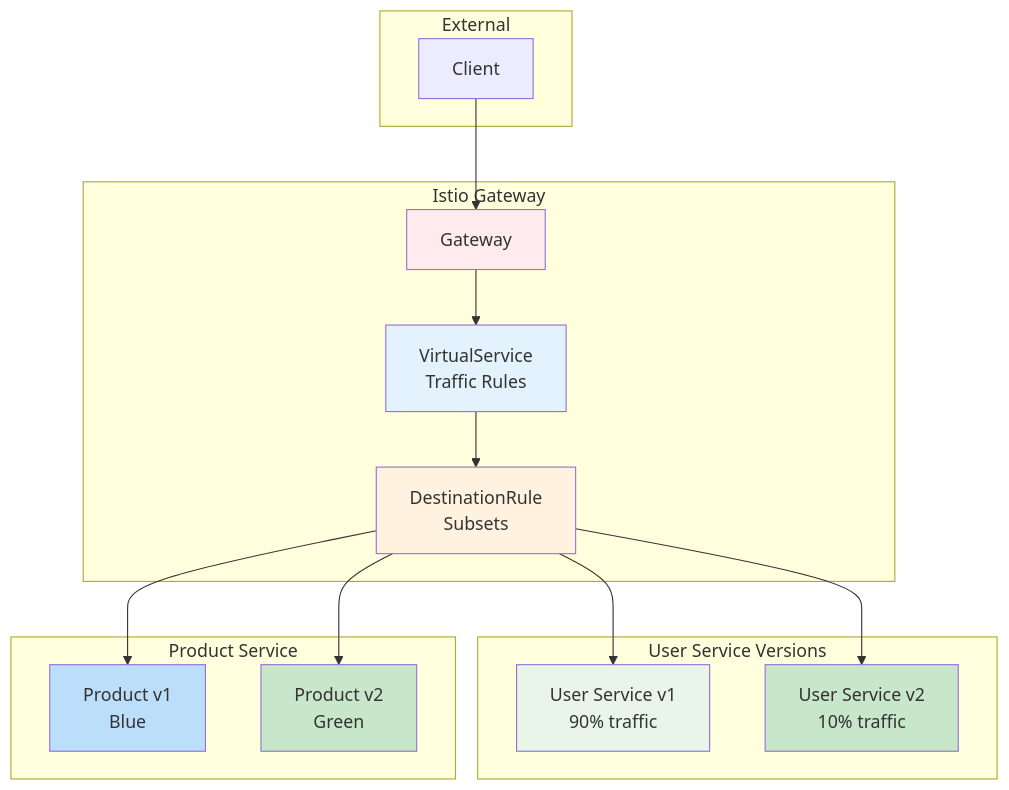
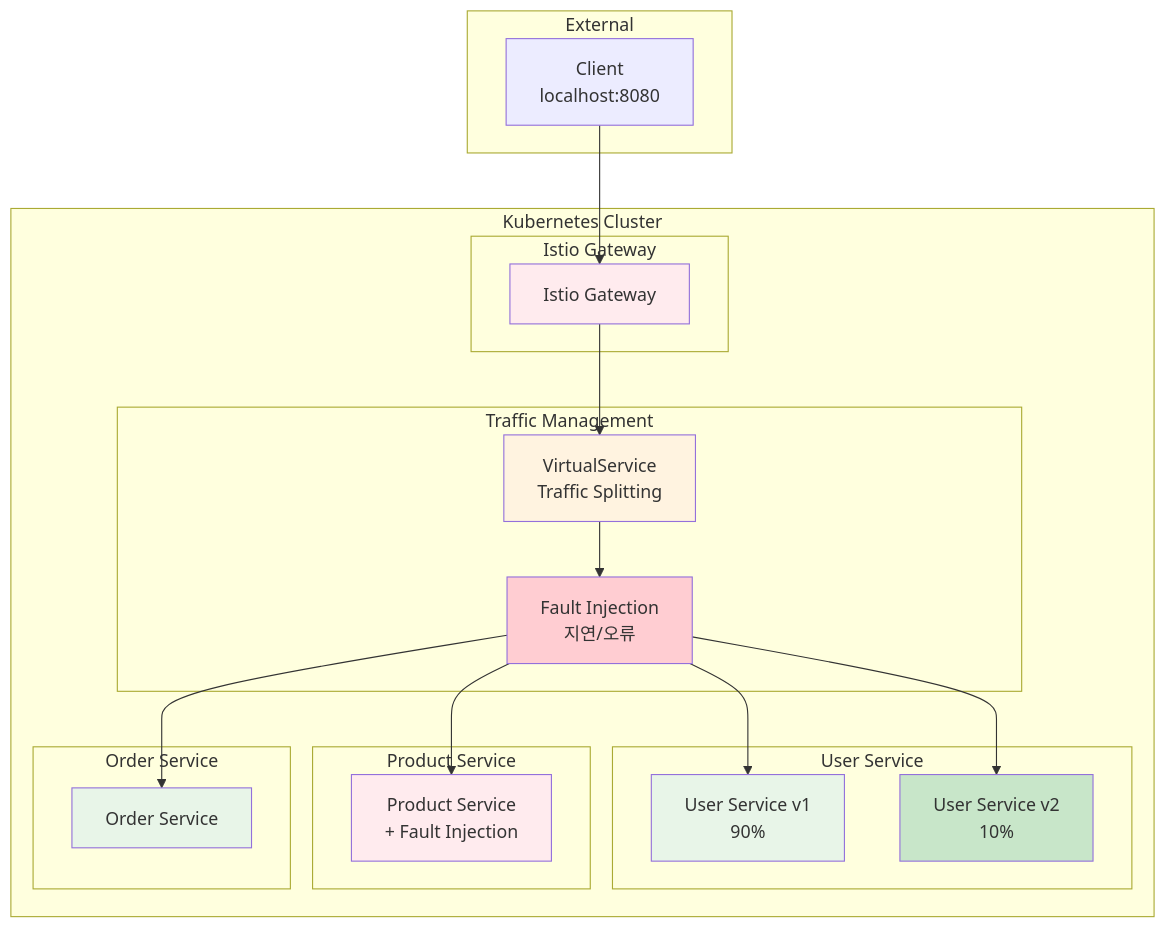
The diagram in theory/week_04/day2/handson_1.md (niceguy61/kdt_devops_lecture_2025), drawn with Mermaid before and after one commit. The commit also changed other lines of this file and 3 other files, not shown here.

````diff
--- a/theory/week_04/day2/handson_1.md
+++ b/theory/week_04/day2/handson_1.md
@@ -37,38 +37,46 @@
 ```mermaid
 graph TB
     subgraph "External"
-        C[Client]
+        C[Client<br/>localhost:8080]
     end
     
-    subgraph "Istio Gateway"
-        GW[Gateway]
-        VS[VirtualService<br/>Traffic Rules]
-        DR[DestinationRule<br/>Subsets]
+    subgraph "Kubernetes Cluster"
+        subgraph "Istio Gateway"
+            IG[Istio Gateway]
+        end
+        
+        subgraph "Traffic Management"
+            VS[VirtualService<br/>Traffic Splitting]
+            FI[Fault Injection<br/>지연/오류]
+        end
+        
+        subgraph "User Service"
+            US1[User Service v1<br/>90%]
+            US2[User Service v2<br/>10%]
+        end
+        
+        subgraph "Product Service"
+            PS[Product Service<br/>+ Fault Injection]
+        end
+        
+        subgraph "Order Service"
+            OS[Order Service]
+        end
     end
     
-    subgraph "User Service Versions"
-        US1[User Service v1<br/>90% traffic]
-        US2[User Service v2<br/>10% traffic]
-    end
+    C --> IG
+    IG --> VS
+    VS --> FI
+    FI --> US1
+    FI --> US2
+    FI --> PS
+    FI --> OS
     
-    subgraph "Product Service"
-        PS1[Product v1<br/>Blue]
-        PS2[Product v2<br/>Green]
-    end
-    
-    C --> GW
-    GW --> VS
-    VS --> DR
-    DR --> US1
-    DR --> US2
-    DR --> PS1
-    DR --> PS2
-    
-    style GW fill:#ffebee
-    style VS fill:#e3f2fd
-    style DR fill:#fff3e0
+    style IG fill:#ffebee
+    style VS fill:#fff3e0
+    style FI fill:#ffcdd2
     style US1 fill:#e8f5e8
     style US2 fill:#c8e6c9
-    style PS1 fill:#bbdefb
-    style PS2 fill:#c8e6c9
+    style PS fill:#ffebee
+    style OS fill:#e8f5e8
 ```
````
